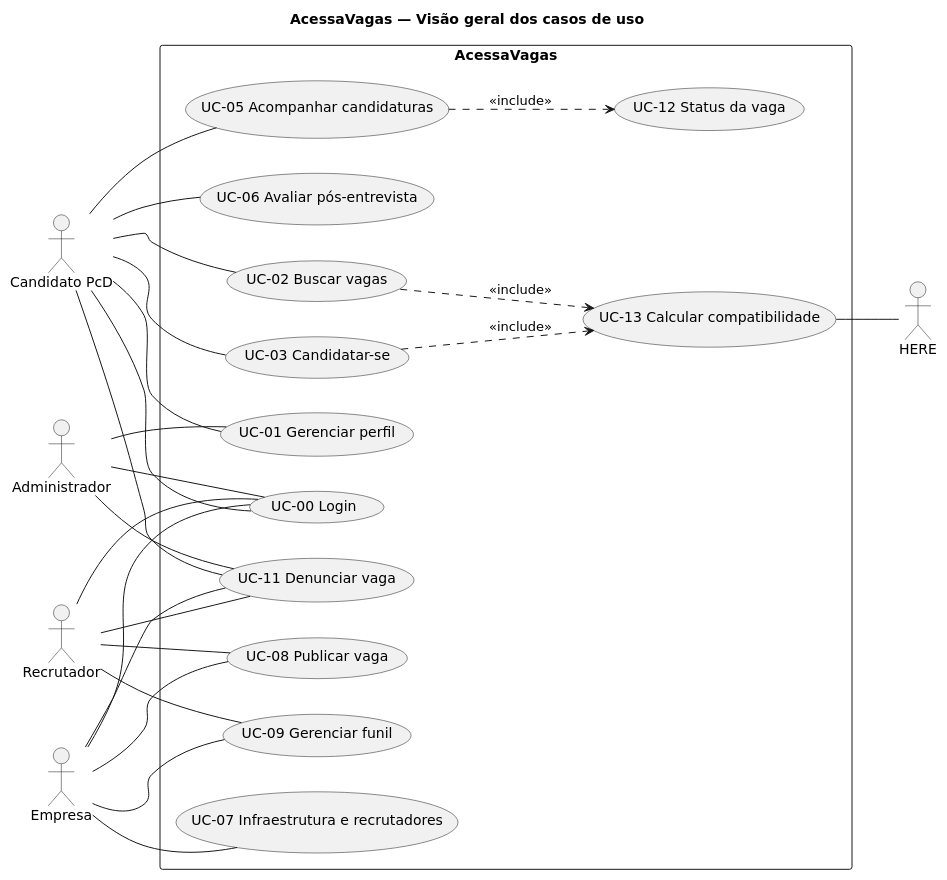
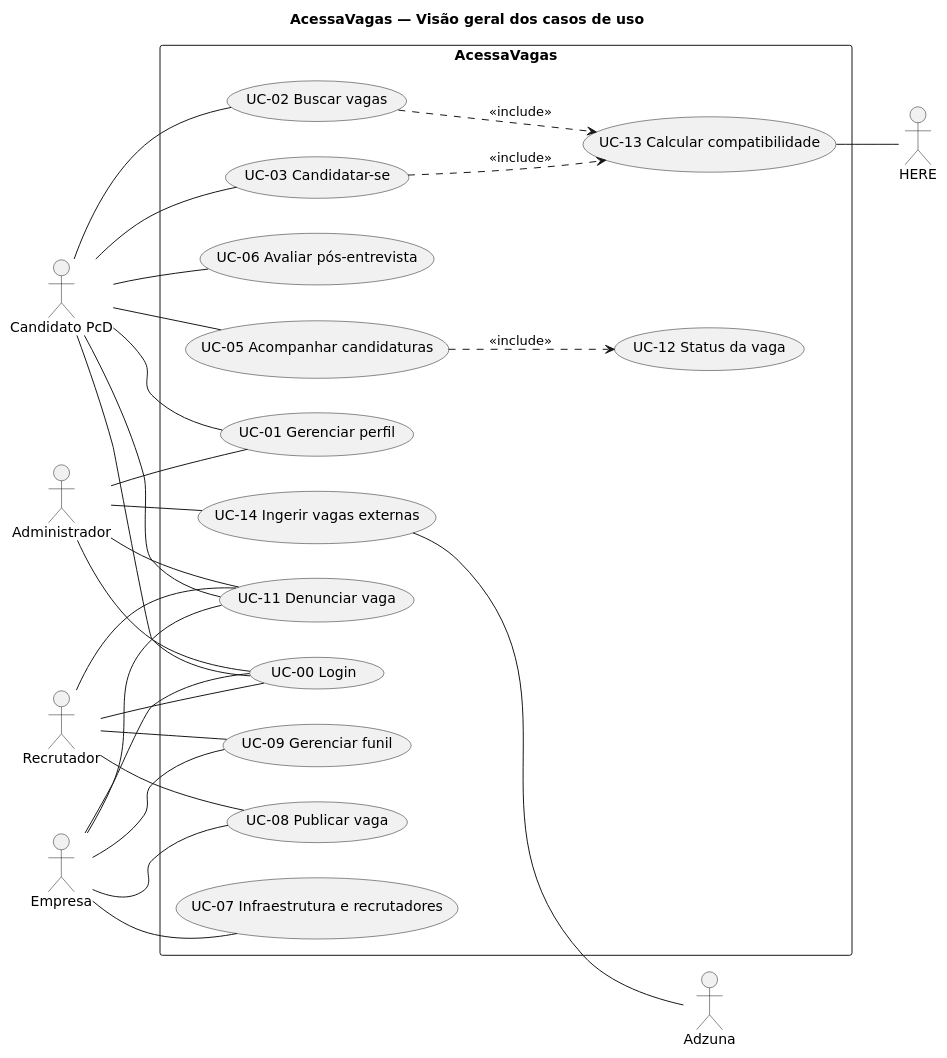
One commit to rafael-marquart/Trabalho_ModelagemDeSistema changed the diagram in docs/Diagramas Caso De Uso/fonte/UC-geral.puml. Above: the diagram before and after it, drawn with PlantUML. The commit also changed 26 other files, not shown here.

First line of the commit message:
docs(spec-006): documentação revisada atualizada para vagas externas implementadas

```diff
--- a/docs/Diagramas Caso De Uso/fonte/UC-geral.puml
+++ b/docs/Diagramas Caso De Uso/fonte/UC-geral.puml
@@ -1,48 +1,52 @@
 @startuml
 skinparam shadowing false
 skinparam defaultFontName DejaVu Sans
 left to right direction
 title AcessaVagas — Visão geral dos casos de uso
 actor "Candidato PcD" as C
 actor "Empresa" as E
 actor "Recrutador" as R
 actor "Administrador" as A
 actor "HERE" as H
+actor "Adzuna" as Z
 rectangle "AcessaVagas" {
   usecase "UC-00 Login" as U0
   usecase "UC-01 Gerenciar perfil" as U1
   usecase "UC-02 Buscar vagas" as U2
   usecase "UC-03 Candidatar-se" as U3
   usecase "UC-05 Acompanhar candidaturas" as U5
   usecase "UC-06 Avaliar pós-entrevista" as U6
   usecase "UC-07 Infraestrutura e recrutadores" as U7
   usecase "UC-08 Publicar vaga" as U8
   usecase "UC-09 Gerenciar funil" as U9
   usecase "UC-11 Denunciar vaga" as U11
   usecase "UC-12 Status da vaga" as U12
   usecase "UC-13 Calcular compatibilidade" as U13
+  usecase "UC-14 Ingerir vagas externas" as U14
 }
 C -- U0
 C -- U1
 C -- U2
 C -- U3
 C -- U5
 C -- U6
 C -- U11
 E -- U0
 E -- U7
 E -- U8
 E -- U9
 E -- U11
 R -- U0
 R -- U8
 R -- U9
 R -- U11
 A -- U0
 A -- U1
 A -- U11
 U2 ..> U13 : <<include>>
 U3 ..> U13 : <<include>>
 U5 ..> U12 : <<include>>
 U13 -- H
+A -- U14
+U14 -- Z
 @enduml
```
